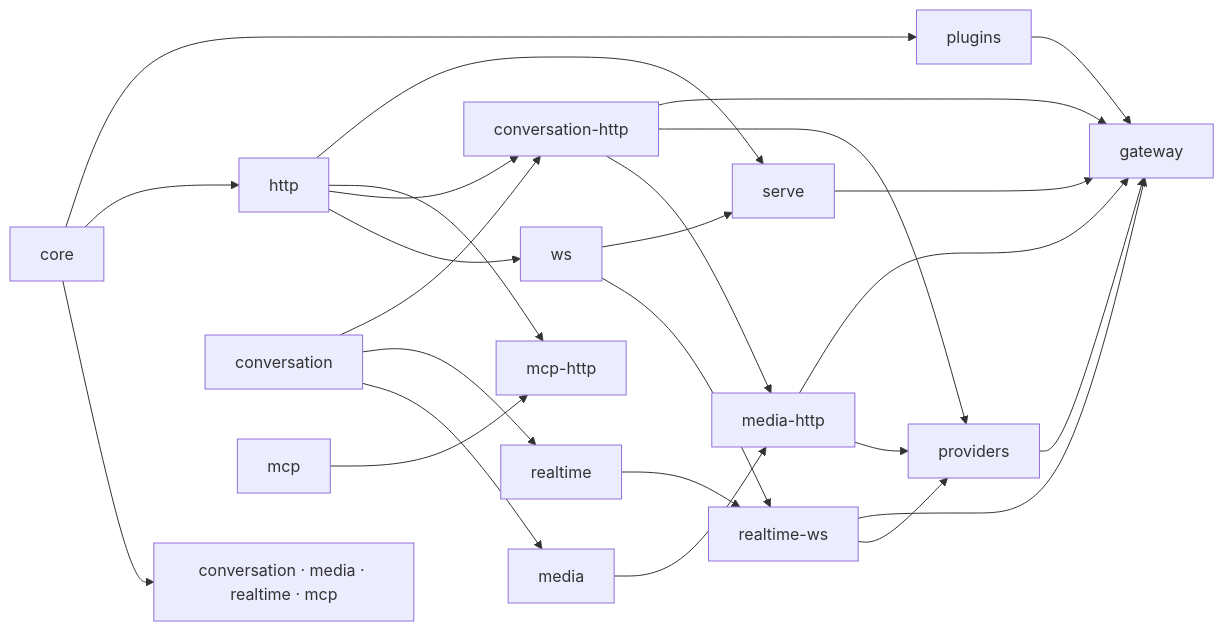
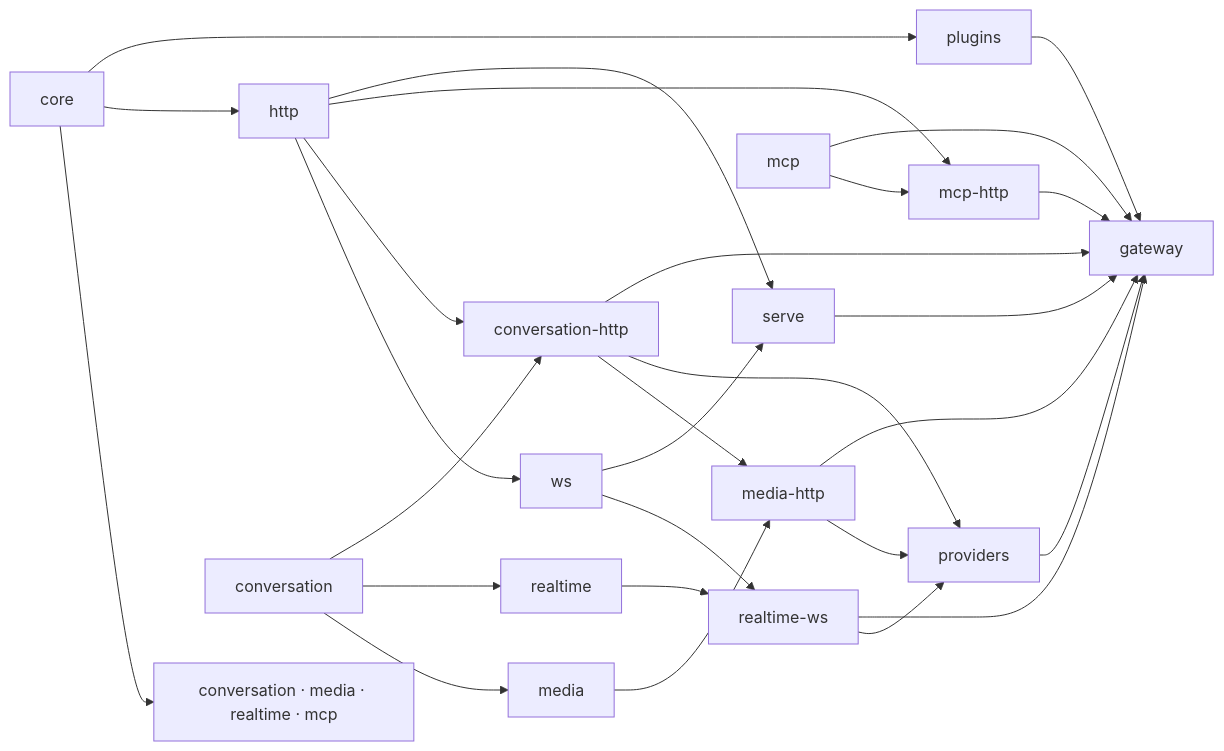
Before and after one commit to Davidson3556/respan-gateway: the diagram in docs/ARCHITECTURE.md, drawn with Mermaid. The commit also changed other lines of this file and 21 other files, not shown here.

````diff
--- a/docs/ARCHITECTURE.md
+++ b/docs/ARCHITECTURE.md
@@ -68,28 +68,30 @@
 ```mermaid
 flowchart LR
     core --> kinds["conversation · media · realtime · mcp"]
     core --> http
     core --> plugins
     conversation --> media
     conversation --> realtime
     http --> ws
     conversation --> conversation-http
     http --> conversation-http
     media --> media-http
     conversation-http --> media-http
     realtime --> realtime-ws
     ws --> realtime-ws
     mcp --> mcp-http
     http --> mcp-http
     conversation-http --> providers
     media-http --> providers
     realtime-ws --> providers
     http --> serve
     ws --> serve
     providers --> gateway
     plugins --> gateway
     serve --> gateway
     conversation-http --> gateway
     media-http --> gateway
     realtime-ws --> gateway
+    mcp --> gateway
+    mcp-http --> gateway
 ```
````
